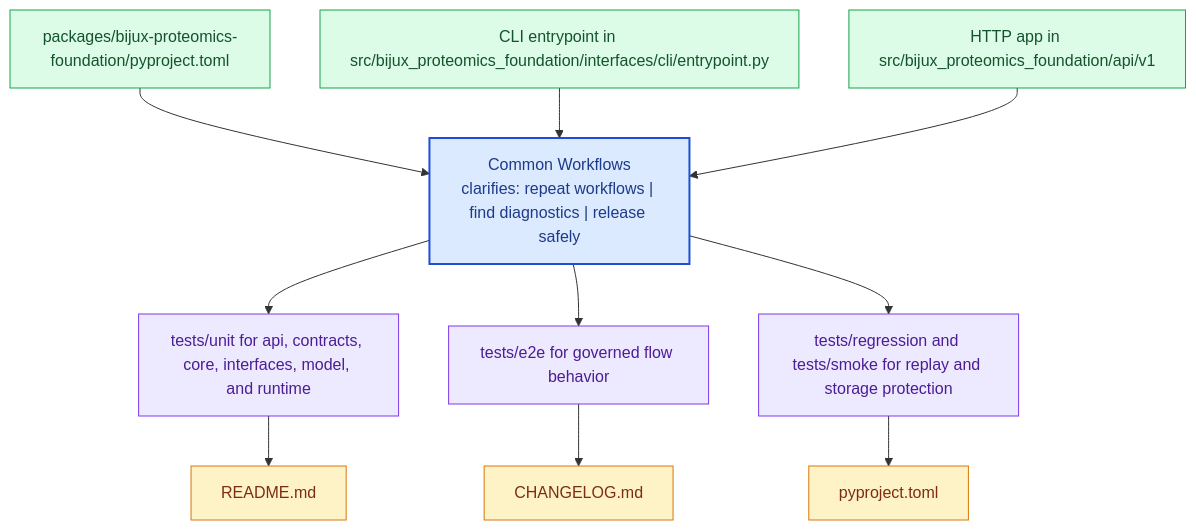
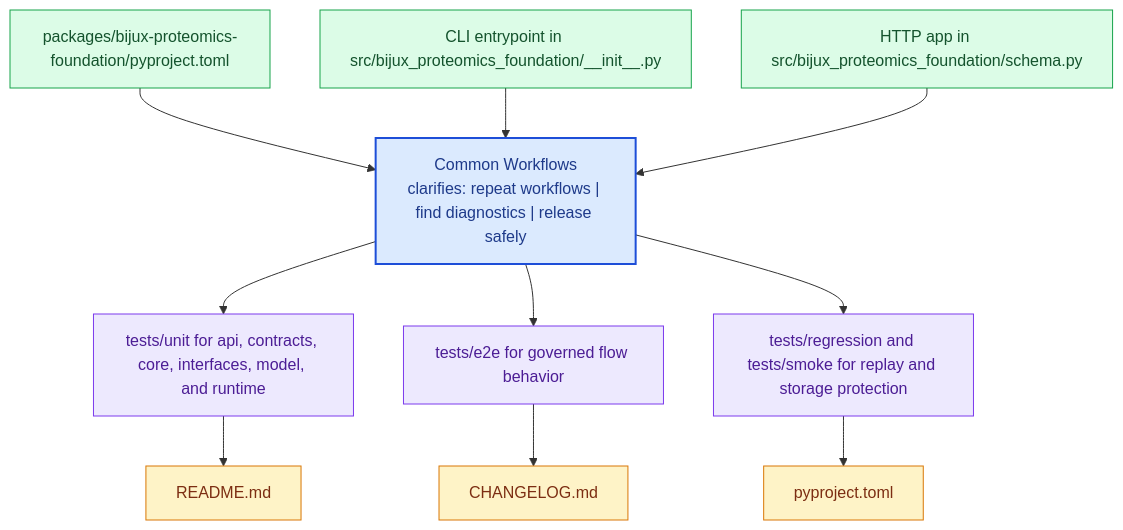
Before and after one commit to bijux/bijux-proteomics: the diagram in docs/bijux-proteomics-foundation/operations/common-workflows.md, drawn with Mermaid. The commit also changed 24 other files, not shown here.

Commit message:
docs(bijux-proteomics-foundation): align package handbook to schema and serialization ownership

````diff
--- a/docs/bijux-proteomics-foundation/operations/common-workflows.md
+++ b/docs/bijux-proteomics-foundation/operations/common-workflows.md
@@ -22,31 +22,31 @@
 ```mermaid
 flowchart TB
     page["Common Workflows<br/>clarifies: repeat workflows | find diagnostics | release safely"]
     classDef page fill:#dbeafe,stroke:#1d4ed8,color:#1e3a8a,stroke-width:2px;
     classDef positive fill:#dcfce7,stroke:#16a34a,color:#14532d;
     classDef caution fill:#fee2e2,stroke:#dc2626,color:#7f1d1d;
     classDef anchor fill:#ede9fe,stroke:#7c3aed,color:#4c1d95;
     classDef action fill:#fef3c7,stroke:#d97706,color:#7c2d12;
     step1["packages/bijux-proteomics-foundation/pyproject.toml"]
     step1 --> page
-    step2["CLI entrypoint in src/bijux_proteomics_foundation/interfaces/cli/entrypoint.py"]
+    step2["CLI entrypoint in src/bijux_proteomics_foundation/__init__.py"]
     step2 --> page
-    step3["HTTP app in src/bijux_proteomics_foundation/api/v1"]
+    step3["HTTP app in src/bijux_proteomics_foundation/schema.py"]
     step3 --> page
     run1["tests/unit for api, contracts, core, interfaces, model, and runtime"]
     page --> run1
     run2["tests/e2e for governed flow behavior"]
     page --> run2
     run3["tests/regression and tests/smoke for replay and storage protection"]
     page --> run3
     release1["README.md"]
     run1 --> release1
     release2["CHANGELOG.md"]
     run2 --> release2
     release3["pyproject.toml"]
     run3 --> release3
     class page page;
     class step1,step2,step3 positive;
     class run1,run2,run3 anchor;
     class release1,release2,release3 action;
 ```
````
